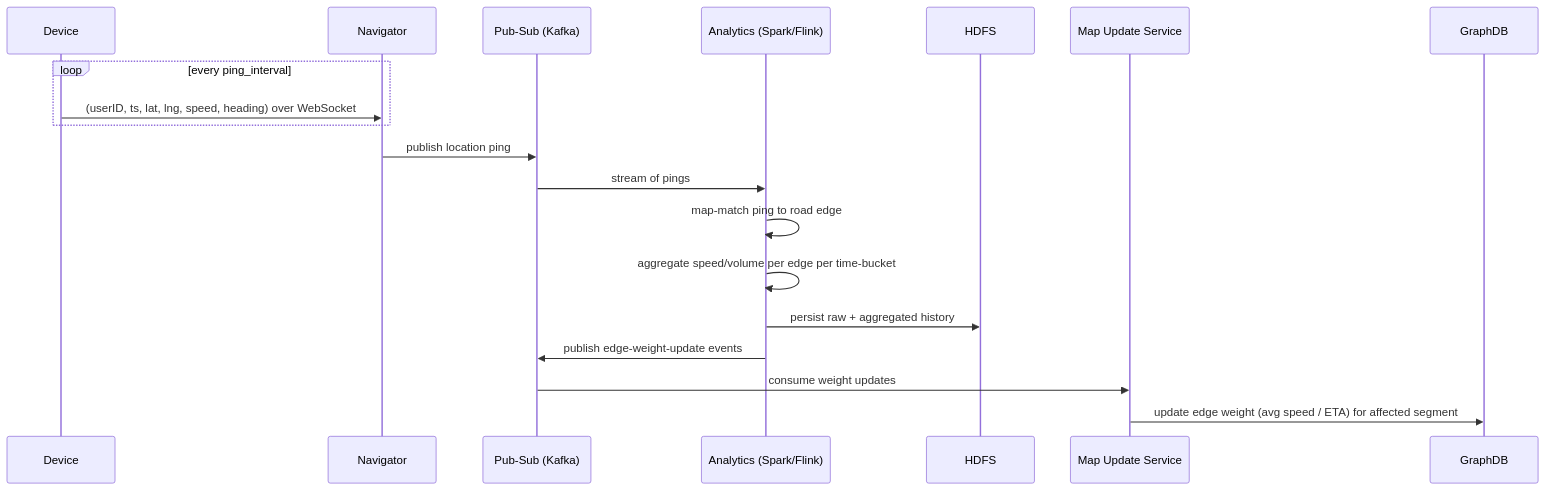
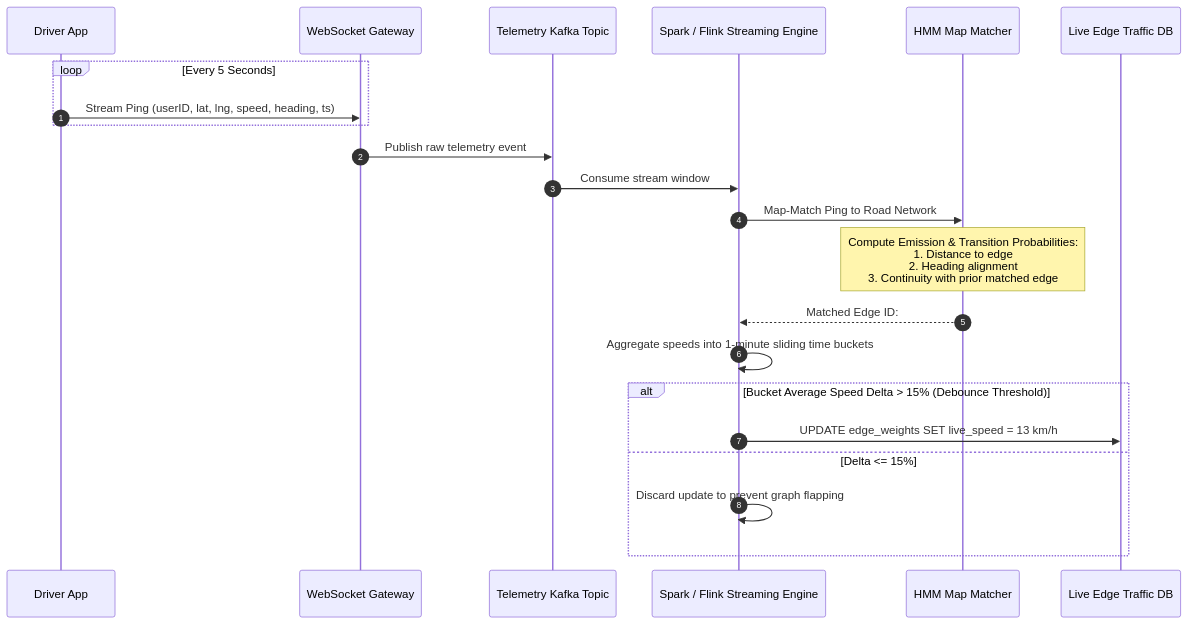
Diagram 19 of 27 in system-design/HLD/0-course/28-Design Google Maps-FAANG-Guide.md (riyaz-pasha/Learnings), drawn with Mermaid before and after one commit. The commit also changed other lines of this file and 1 other file, not shown here.

````diff
--- a/system-design/HLD/0-course/28-Design Google Maps-FAANG-Guide.md
+++ b/system-design/HLD/0-course/28-Design Google Maps-FAANG-Guide.md
@@ -751,22 +866,26 @@
 ```mermaid
 sequenceDiagram
-    participant Device
-    participant Navigator
-    participant Kafka as Pub-Sub (Kafka)
-    participant Spark as Analytics (Spark/Flink)
-    participant HDFS
-    participant MapUpdate as Map Update Service
-    participant GraphDB
+    autonumber
+    participant App as Driver App
+    participant WS as WebSocket Gateway
+    participant Kafka as Telemetry Kafka Topic
+    participant Spark as Spark / Flink Streaming Engine
+    participant HMM as HMM Map Matcher
+    participant DB as Live Edge Traffic DB
 
-    loop every ping_interval
-        Device->>Navigator: (userID, ts, lat, lng, speed, heading) over WebSocket
+    loop Every 5 Seconds
+        App->>WS: Stream Ping (userID, lat, lng, speed, heading, ts)
     end
-    Navigator->>Kafka: publish location ping
-    Kafka->>Spark: stream of pings
-    Spark->>Spark: map-match ping to road edge
-    Spark->>Spark: aggregate speed/volume per edge per time-bucket
-    Spark->>HDFS: persist raw + aggregated history
-    Spark->>Kafka: publish edge-weight-update events
-    Kafka->>MapUpdate: consume weight updates
-    MapUpdate->>GraphDB: update edge weight (avg speed / ETA) for affected segment
+    WS->>Kafka: Publish raw telemetry event
+    Kafka->>Spark: Consume stream window
+    Spark->>HMM: Map-Match Ping to Road Network
+    Note over HMM: Compute Emission & Transition Probabilities:<br/>1. Distance to edge<br/>2. Heading alignment<br/>3. Continuity with prior matched edge
+    HMM-->>Spark: Matched Edge ID: #Edge-ORR-1147
+    Spark->>Spark: Aggregate speeds into 1-minute sliding time buckets
+    
+    alt Bucket Average Speed Delta > 15% (Debounce Threshold)
+        Spark->>DB: UPDATE edge_weights SET live_speed = 13 km/h
+    else Delta <= 15%
+        Spark->>Spark: Discard update to prevent graph flapping
+    end
 ```
````
